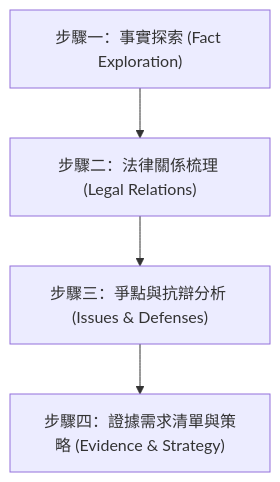
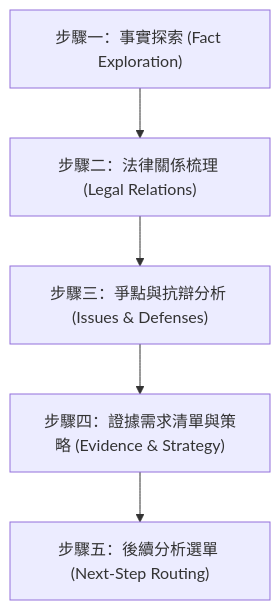
The diagram in skills/legal-brainstorming/SKILL.md (kevintsai1202/law-powers), drawn with Mermaid before and after one commit. The commit also changed other lines of this file and 9 other files, not shown here.

````diff
--- a/skills/legal-brainstorming/SKILL.md
+++ b/skills/legal-brainstorming/SKILL.md
@@ -14,11 +14,13 @@
 ```mermaid
 graph TD
     Step1["步驟一：事實探索 (Fact Exploration)"]
     Step2["步驟二：法律關係梳理 (Legal Relations)"]
     Step3["步驟三：爭點與抗辯分析 (Issues & Defenses)"]
     Step4["步驟四：證據需求清單與策略 (Evidence & Strategy)"]
+    Step5["步驟五：後續分析選單 (Next-Step Routing)"]
 
     Step1 --> Step2
     Step2 --> Step3
     Step3 --> Step4
+    Step4 --> Step5
 ```
````
